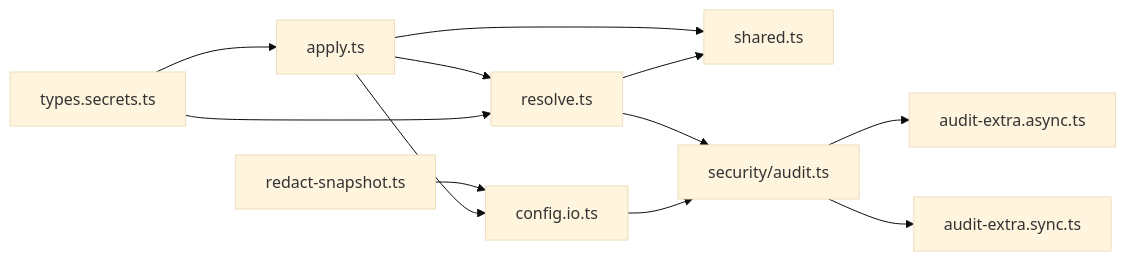
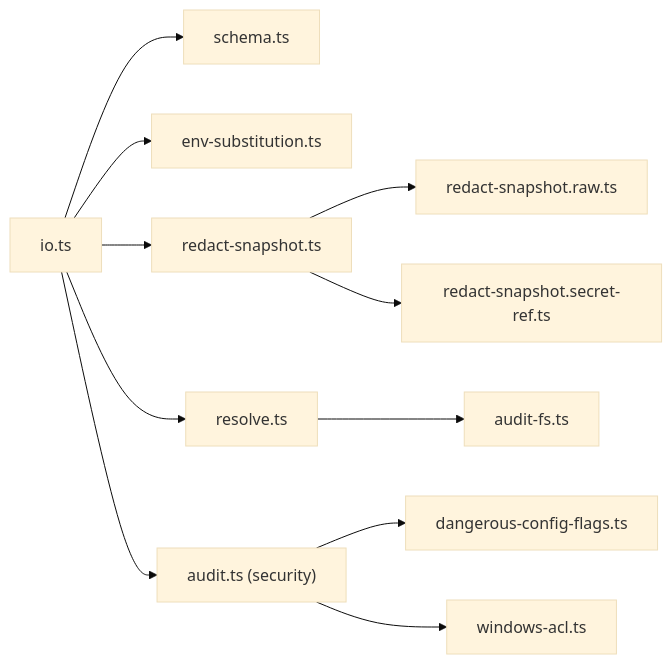
Before and after one commit to botx-work/OpenClaw-Internals: the seventh of 7 diagrams in repowiki/en/content/Configuration Management/Security Configuration.md, drawn with Mermaid (base theme). The commit also changed other lines of this file and 332 other files, not shown here.

````diff
--- a/repowiki/en/content/Configuration Management/Security Configuration.md
+++ b/repowiki/en/content/Configuration Management/Security Configuration.md
@@ -362,14 +300,13 @@
 ```mermaid
 graph LR
-Types["types.secrets.ts"] --> Resolve["resolve.ts"]
-Types --> Apply["apply.ts"]
-Resolve --> Shared["shared.ts"]
-Apply --> Shared
-Apply --> Resolve
-Apply --> IO["config.io.ts"]
-Redact["redact-snapshot.ts"] --> IO
-Audit["security/audit.ts"] --> Extra["audit-extra.async.ts"]
-Audit --> ExtraSync["audit-extra.sync.ts"]
-IO --> Audit
-Resolve --> Audit
+io_ts["io.ts"] --> schema_ts["schema.ts"]
+io_ts --> env_sub["env-substitution.ts"]
+io_ts --> redact["redact-snapshot.ts"]
+redact --> redact_raw["redact-snapshot.raw.ts"]
+redact --> redact_ref["redact-snapshot.secret-ref.ts"]
+io_ts --> resolve_ts["resolve.ts"]
+resolve_ts --> audit_fs["audit-fs.ts"]
+io_ts --> audit_sec["audit.ts (security)"]
+audit_sec --> dangerous_flags["dangerous-config-flags.ts"]
+audit_sec --> windows_acl["windows-acl.ts"]
 ```
````
